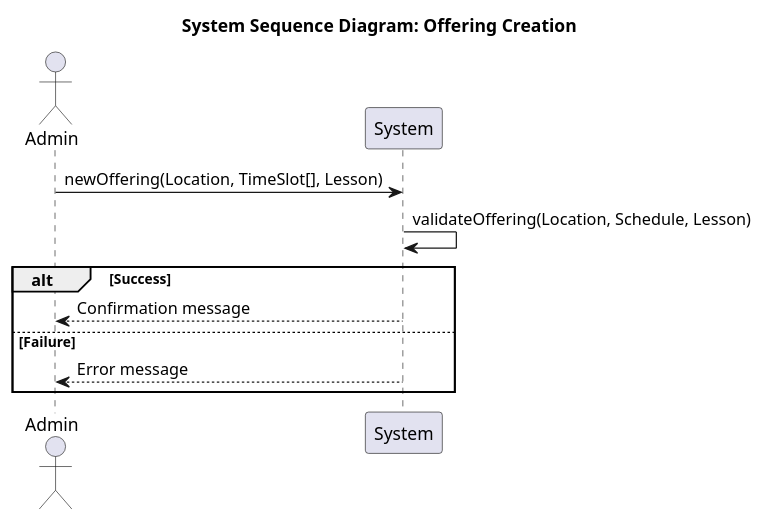
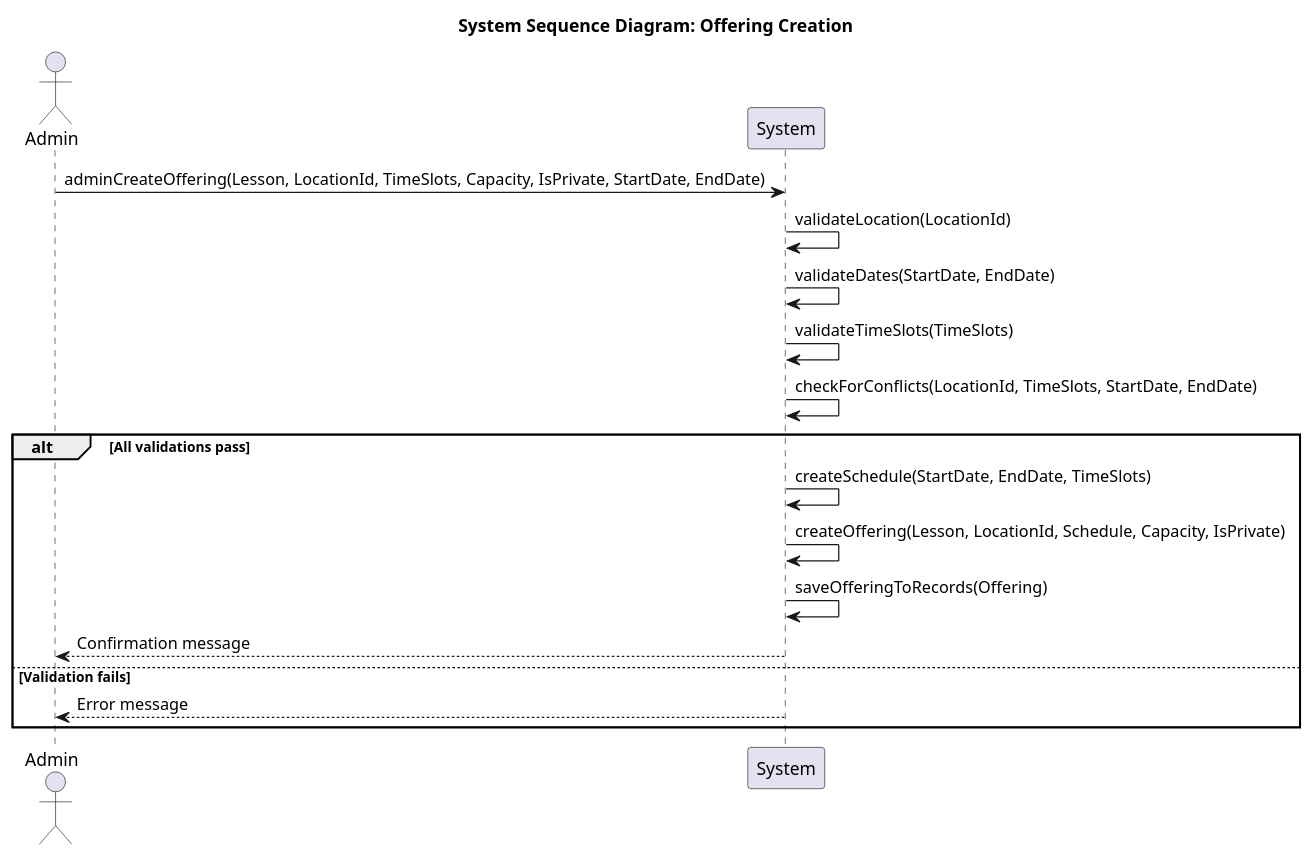
The diagram in diagrams/src/critical-use-cases/create-offering/SSD-offering-creation.pu (NathanGrenier/SOEN-342-Project), drawn with PlantUML before and after one commit. The commit also changed 6 other files, not shown here.

Commit message:
2:refined diagrams and contracts

```diff
--- a/diagrams/src/critical-use-cases/create-offering/SSD-offering-creation.pu
+++ b/diagrams/src/critical-use-cases/create-offering/SSD-offering-creation.pu
@@ -1,14 +1,21 @@
 @startuml System Sequence Diagram: Offering Creation
 title System Sequence Diagram: Offering Creation
 
 actor Admin
 participant System
 
-Admin -> System: newOffering(Location, TimeSlot[], Lesson)
-System -> System: validateOffering(Location, Schedule, Lesson)
-alt Success
+Admin -> System: adminCreateOffering(Lesson, LocationId, TimeSlots, Capacity, IsPrivate, StartDate, EndDate)
+System -> System: validateLocation(LocationId)
+System -> System: validateDates(StartDate, EndDate)
+System -> System: validateTimeSlots(TimeSlots)
+System -> System: checkForConflicts(LocationId, TimeSlots, StartDate, EndDate)
+alt All validations pass
+    System -> System: createSchedule(StartDate, EndDate, TimeSlots)
+    System -> System: createOffering(Lesson, LocationId, Schedule, Capacity, IsPrivate)
+    System -> System: saveOfferingToRecords(Offering)
     System --> Admin: Confirmation message
-else Failure
+else Validation fails
     System --> Admin: Error message
 end
+
 @enduml
```
